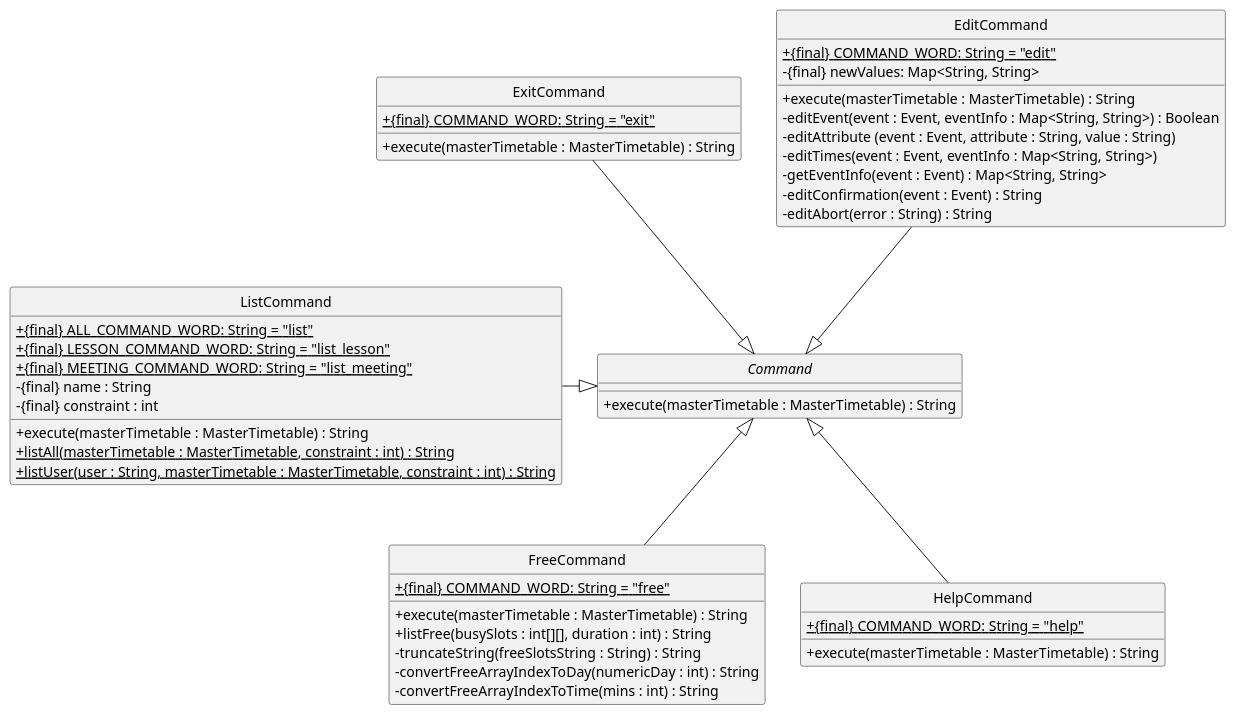
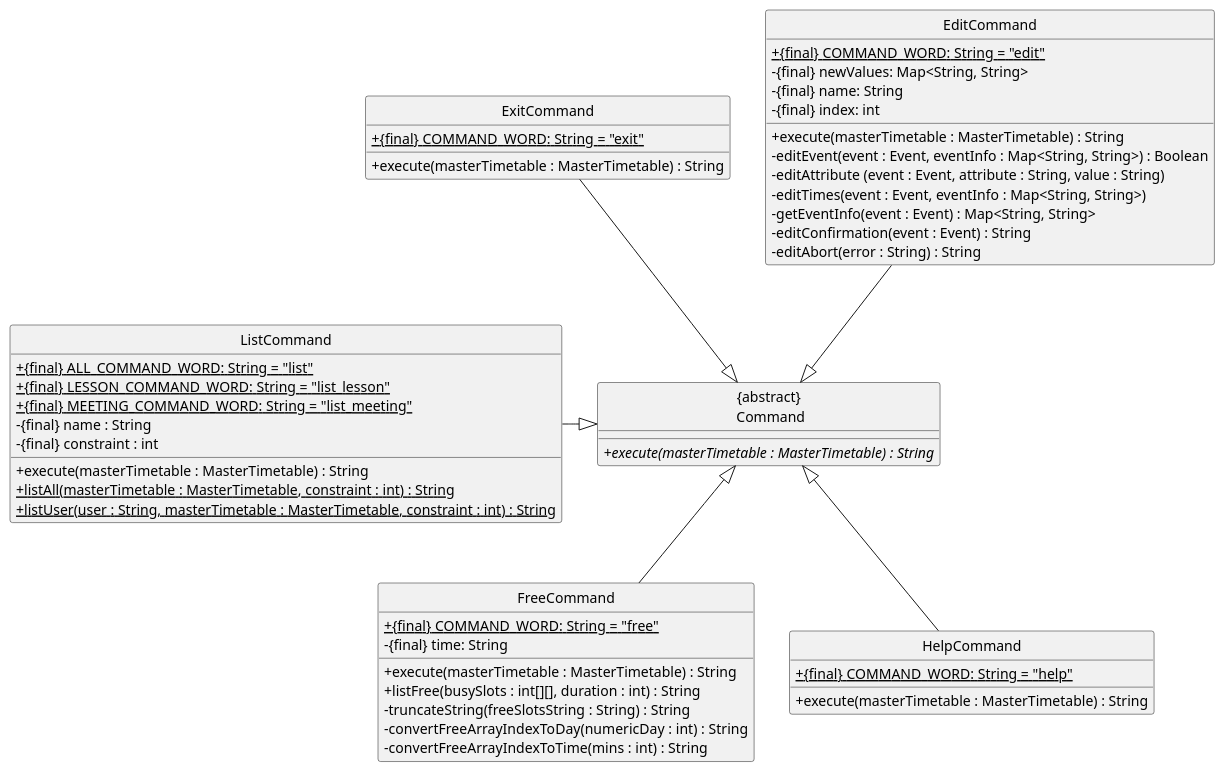
The diagram in docs/diagrams/CommandClassDiagram2.puml (nus-cs2113-AY2122S2/tp), drawn with PlantUML before and after one commit. The commit also changed 5 other files, not shown here.

Commit message:
make changes to class diagrams and user guide

```diff
--- a/docs/diagrams/CommandClassDiagram2.puml
+++ b/docs/diagrams/CommandClassDiagram2.puml
@@ -1,59 +1,62 @@
 @startuml
 'https://plantuml.com/class-diagram
 
 hide circle
 skinparam classAttributeIconSize 0
 
-Command <|-up- EditCommand
-Command <|-up- ExitCommand
-Command <|-- FreeCommand
-Command <|-- HelpCommand
-Command <|-left- ListCommand
+"{abstract}\n Command" <|-up- EditCommand
+"{abstract}\n Command" <|-up- ExitCommand
+"{abstract}\n Command" <|-- FreeCommand
+"{abstract}\n Command" <|-- HelpCommand
+"{abstract}\n Command" <|-left- ListCommand
 
-abstract class Command {
-+ execute(masterTimetable : MasterTimetable) : String
+class "{abstract}\n Command" {
++ {abstract} execute(masterTimetable : MasterTimetable) : String
 }
 
 class EditCommand {
 + {static} {final} COMMAND_WORD: String = "edit"
 - {final} newValues: Map<String, String>
+- {final} name: String
+- {final} index: int
 + execute(masterTimetable : MasterTimetable) : String
 - editEvent(event : Event, eventInfo : Map<String, String>) : Boolean
 - editAttribute (event : Event, attribute : String, value : String)
 - editTimes(event : Event, eventInfo : Map<String, String>)
 - getEventInfo(event : Event) : Map<String, String>
 - editConfirmation(event : Event) : String
 - editAbort(error : String) : String
 }
 
 class ExitCommand {
 + {static} {final} COMMAND_WORD: String = "exit"
 + execute(masterTimetable : MasterTimetable) : String
 }
 
 class FreeCommand {
 + {static} {final} COMMAND_WORD: String = "free"
+- {final} time: String
 + execute(masterTimetable : MasterTimetable) : String
 + listFree(busySlots : int[][], duration : int) : String
 - truncateString(freeSlotsString : String) : String
 - convertFreeArrayIndexToDay(numericDay : int) : String
 - convertFreeArrayIndexToTime(mins : int) : String
 }
 
 class HelpCommand {
 + {static} {final} COMMAND_WORD: String = "help"
 + execute(masterTimetable : MasterTimetable) : String
 }
 
 class ListCommand {
 + {static} {final} ALL_COMMAND_WORD: String = "list"
 + {static} {final} LESSON_COMMAND_WORD: String = "list_lesson"
 + {static} {final} MEETING_COMMAND_WORD: String = "list_meeting"
 - {final} name : String
 - {final} constraint : int
 + execute(masterTimetable : MasterTimetable) : String
 + {static} listAll(masterTimetable : MasterTimetable, constraint : int) : String
 + {static} listUser(user : String, masterTimetable : MasterTimetable, constraint : int) : String
 }
 
 @enduml
```
